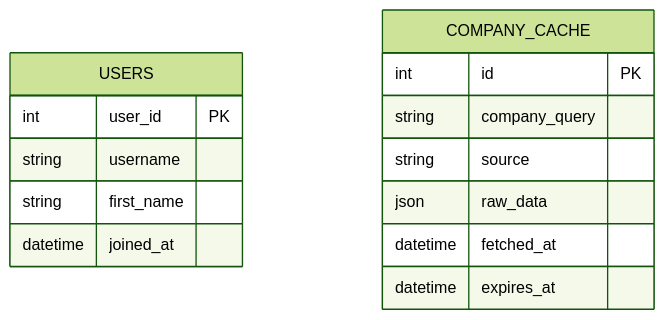
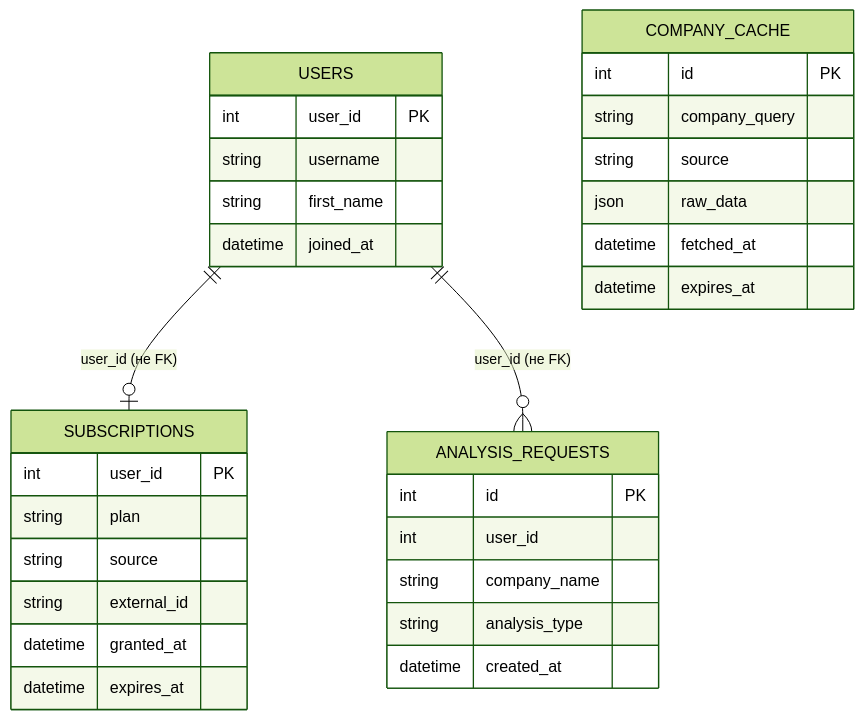
Before and after one commit to keshtoim/analysis_for_invest_bot: the second of 5 diagrams in README.md, drawn with Mermaid (forest theme). The commit also changed other lines of this file, not shown here.

First line of the commit message:
docs: README/диаграммы под монетизацию, профиль, /stats, санитайзер

````diff
--- a/README.md
+++ b/README.md
@@ -109,18 +135,38 @@
 ```mermaid
 erDiagram
     USERS {
         int user_id PK
         string username
         string first_name
         datetime joined_at
     }
 
     COMPANY_CACHE {
         int id PK
         string company_query
         string source
         json raw_data
         datetime fetched_at
         datetime expires_at
     }
+
+    SUBSCRIPTIONS {
+        int user_id PK
+        string plan
+        string source
+        string external_id
+        datetime granted_at
+        datetime expires_at
+    }
+
+    ANALYSIS_REQUESTS {
+        int id PK
+        int user_id
+        string company_name
+        string analysis_type
+        datetime created_at
+    }
+
+    USERS ||--o| SUBSCRIPTIONS : "user_id (не FK)"
+    USERS ||--o{ ANALYSIS_REQUESTS : "user_id (не FK)"
 ```
````
